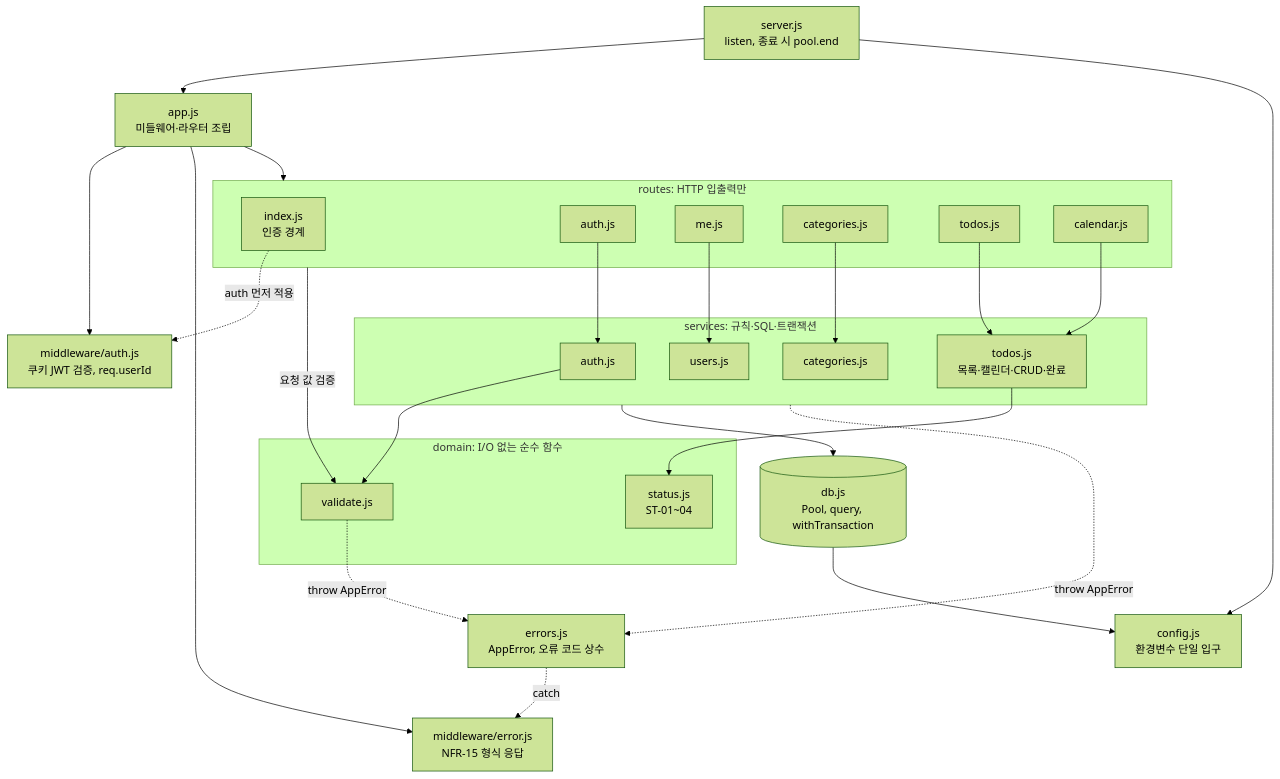
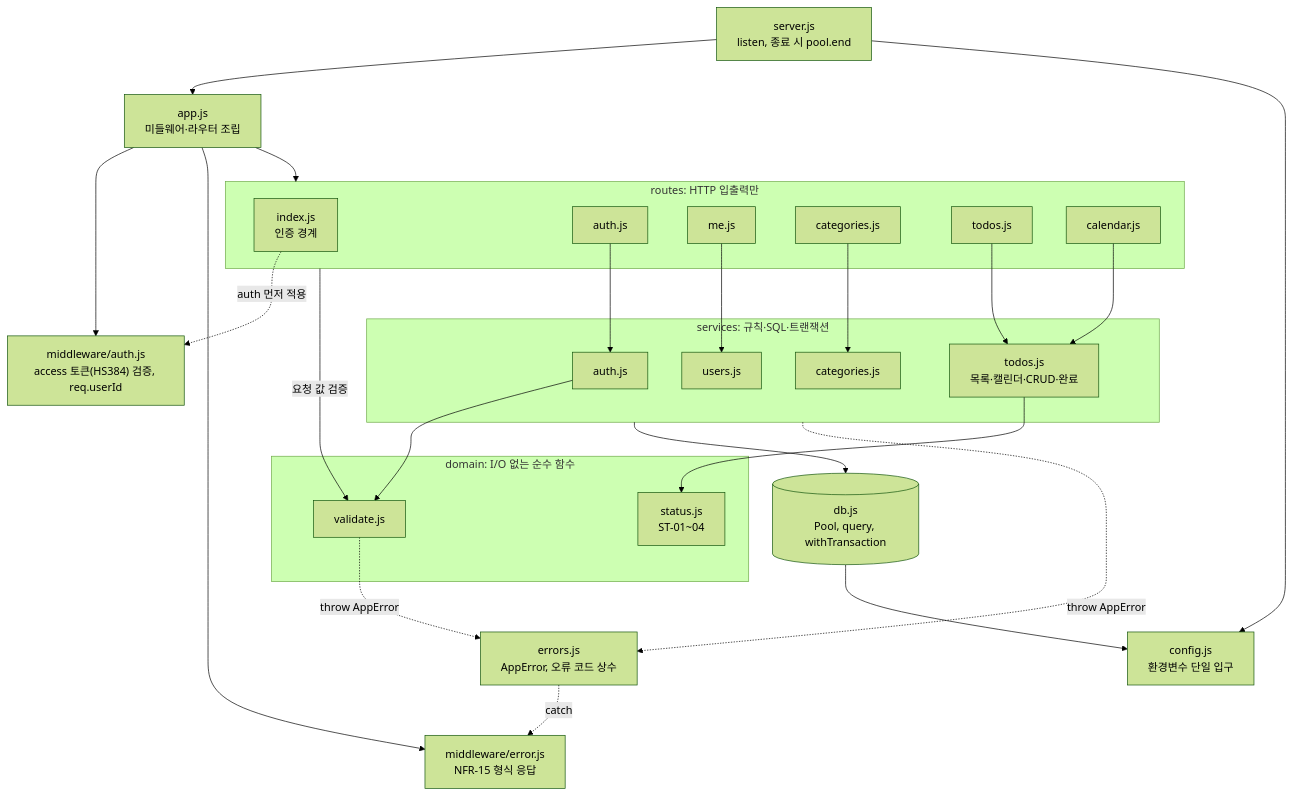
The second of 10 diagrams in docs/6-arch-diagram.md (pomyeong/todolist-app), drawn with Mermaid (forest theme) before and after one commit. The commit also changed other lines of this file and 7 other files, not shown here.

````diff
--- a/docs/6-arch-diagram.md
+++ b/docs/6-arch-diagram.md
@@ -75,47 +80,47 @@
 ```mermaid
 flowchart TB
     SRV["server.js<br/>listen, 종료 시 pool.end"] --> APP["app.js<br/>미들웨어·라우터 조립"]
     SRV --> CFG["config.js<br/>환경변수 단일 입구"]
-    APP --> AUTHMW["middleware/auth.js<br/>쿠키 JWT 검증, req.userId"]
+    APP --> AUTHMW["middleware/auth.js<br/>access 토큰(HS384) 검증, req.userId"]
     APP --> ERRMW["middleware/error.js<br/>NFR-15 형식 응답"]
     APP --> RT
 
     subgraph RT["routes: HTTP 입출력만"]
         R0["index.js<br/>인증 경계"]
         R1["auth.js"]
         R2["me.js"]
         R3["categories.js"]
         R4["todos.js"]
         R5["calendar.js"]
     end
 
     subgraph SV["services: 규칙·SQL·트랜잭션"]
         S1["auth.js"]
         S2["users.js"]
         S3["categories.js"]
         S4["todos.js<br/>목록·캘린더·CRUD·완료"]
     end
 
     subgraph DM["domain: I/O 없는 순수 함수"]
         D1["validate.js"]
         D2["status.js<br/>ST-01~04"]
     end
 
     DBJS[("db.js<br/>Pool, query, withTransaction")]
     ERR["errors.js<br/>AppError, 오류 코드 상수"]
 
     R0 -.->|"auth 먼저 적용"| AUTHMW
     RT -->|"요청 값 검증"| D1
     R1 --> S1
     R2 --> S2
     R3 --> S3
     R4 --> S4
     R5 --> S4
     SV --> DBJS
     S4 --> D2
     S1 --> D1
     SV -.->|"throw AppError"| ERR
     D1 -.->|"throw AppError"| ERR
     ERR -.->|"catch"| ERRMW
     DBJS --> CFG
 ```
````
